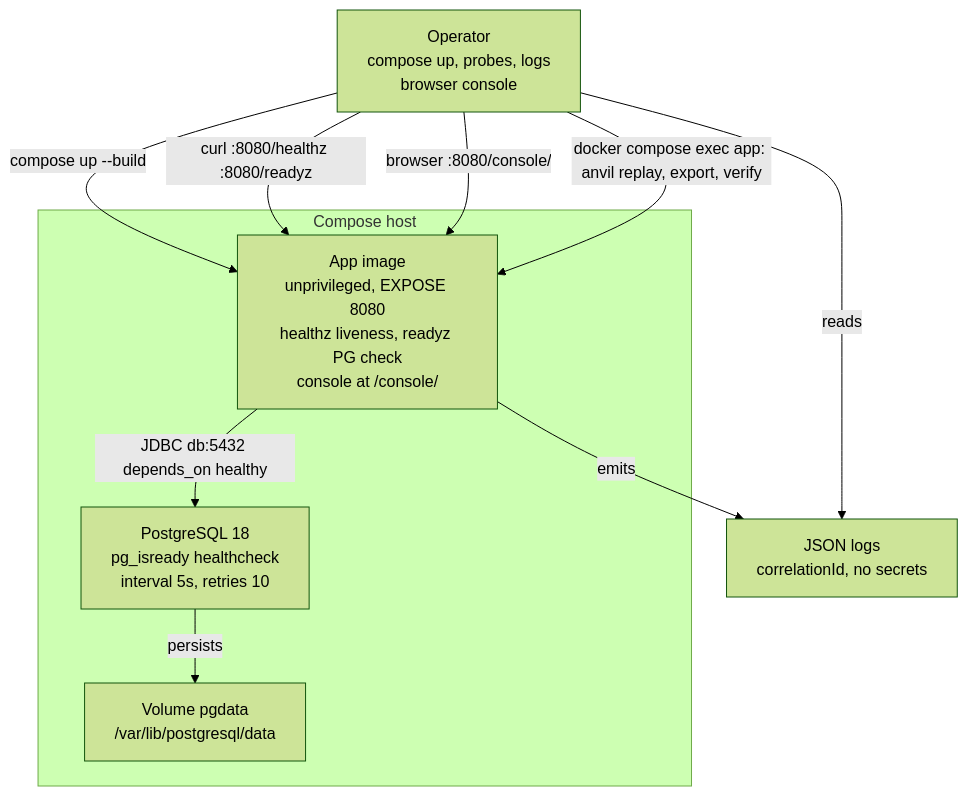
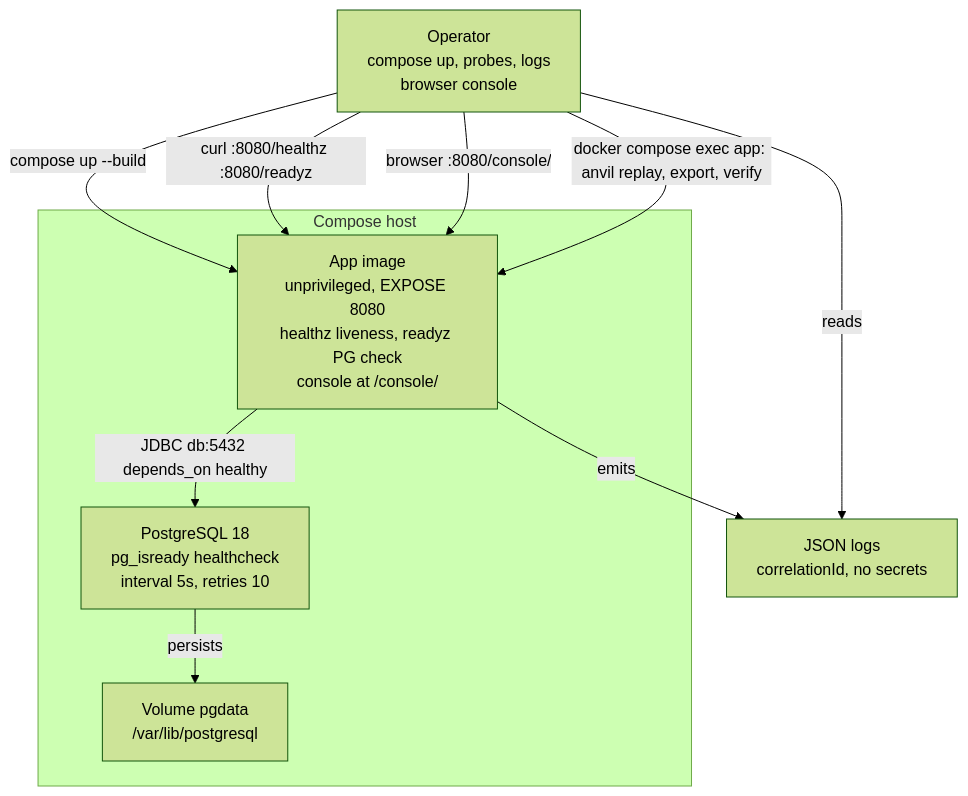
One commit to G1DO/anvil changed the diagram in docs/architecture/deployment.mmd. Above: the diagram before and after it, drawn with Mermaid (forest theme). The commit also changed 3 other files, not shown here.

```diff
--- a/docs/architecture/deployment.mmd
+++ b/docs/architecture/deployment.mmd
@@ -1,16 +1,16 @@
 flowchart TB
     operator["Operator<br/>compose up, probes, logs<br/>browser console"]
     subgraph host["Compose host"]
         app["App image<br/>unprivileged, EXPOSE 8080<br/>healthz liveness, readyz PG check<br/>console at /console/"]
         db["PostgreSQL 18<br/>pg_isready healthcheck<br/>interval 5s, retries 10"]
-        pgdata["Volume pgdata<br/>/var/lib/postgresql/data"]
+        pgdata["Volume pgdata<br/>/var/lib/postgresql"]
     end
     logs["JSON logs<br/>correlationId, no secrets"]
     operator -->|compose up --build| app
     operator -->|curl :8080/healthz :8080/readyz| app
     operator -->|"browser :8080/console/"| app
     operator -->|reads| logs
     operator -->|"docker compose exec app: anvil replay, export, verify"| app
     app -->|JDBC db:5432 depends_on healthy| db
     app -->|emits| logs
     db -->|persists| pgdata
```
